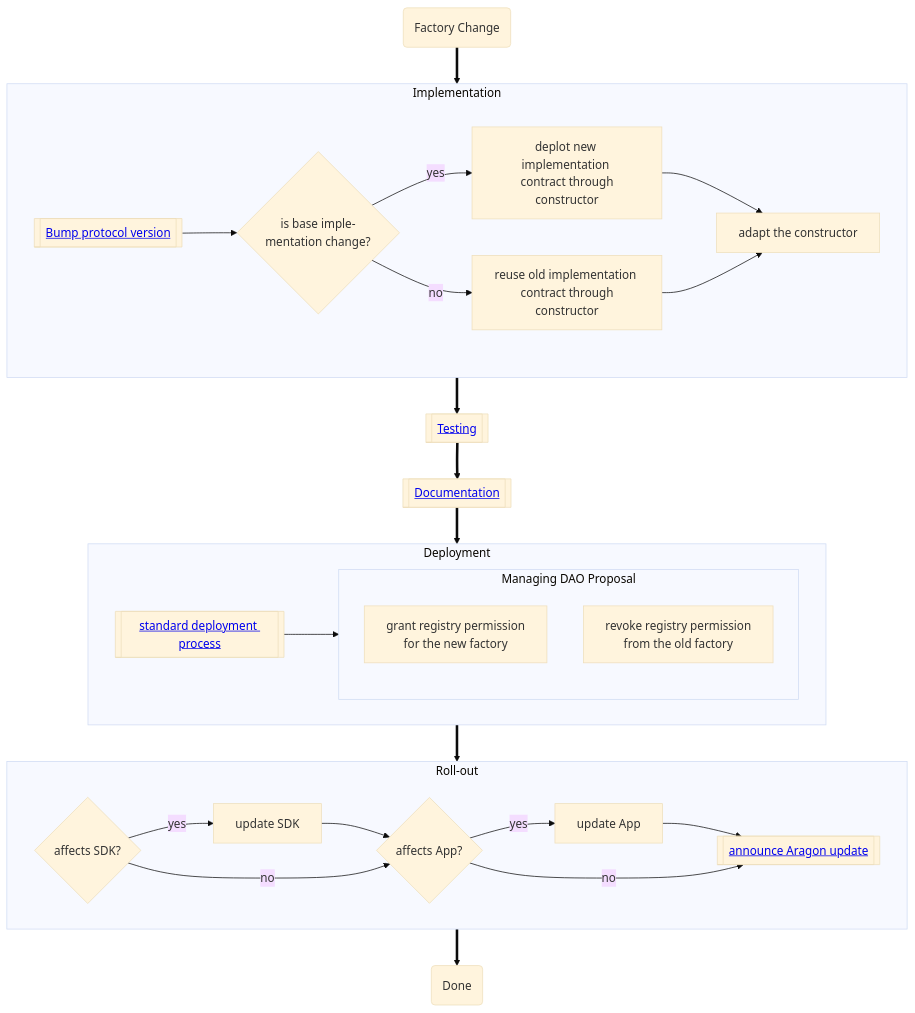
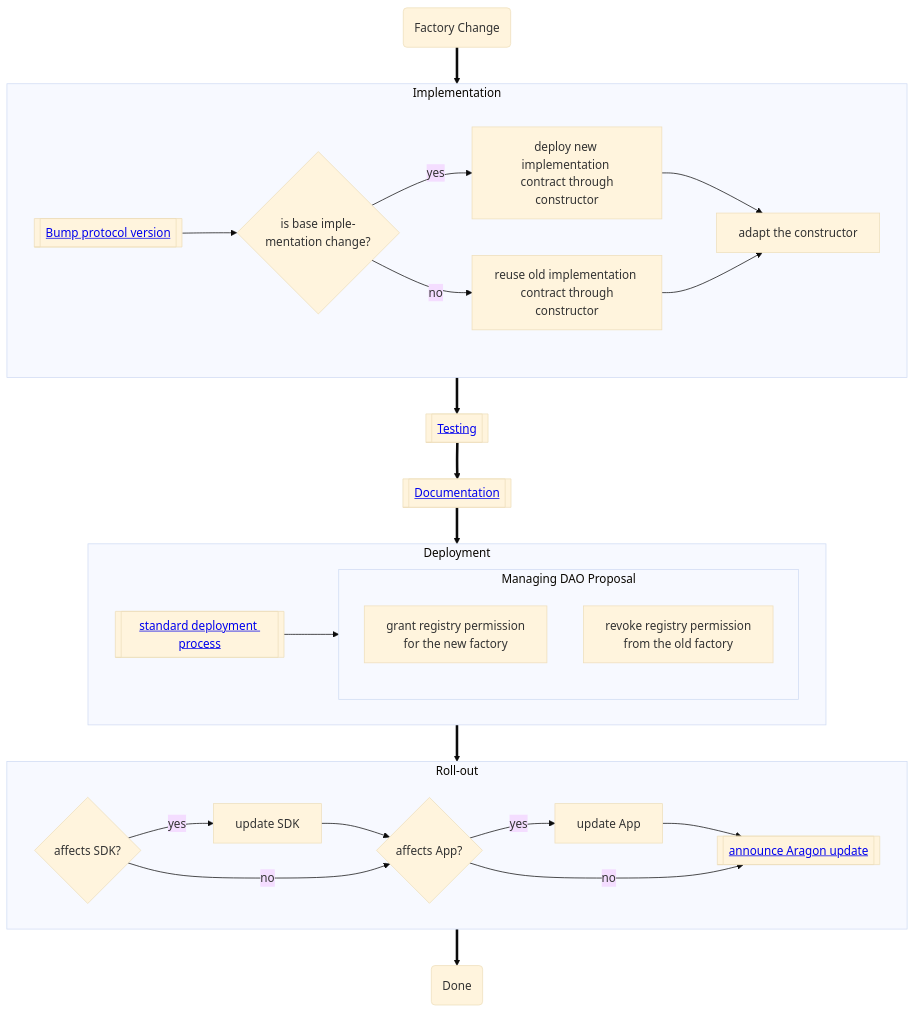
The diagram in packages/contracts/docs/developer-portal/04-framework-lifecycle/03-osx-components/01-factory-contract.md (aragon/osx), drawn with Mermaid (base theme) before and after one commit. The commit also changed 7 other files, not shown here.

````diff
--- a/packages/contracts/docs/developer-portal/04-framework-lifecycle/03-osx-components/01-factory-contract.md
+++ b/packages/contracts/docs/developer-portal/04-framework-lifecycle/03-osx-components/01-factory-contract.md
@@ -10,60 +10,60 @@
 ```mermaid
 flowchart TD
     processStart("Factory Change")
 
     processStart ==> implementation
     subgraph implementation[Implementation]
 
         %% Standard Checks
         bumpProtocolVersion[["<a href='../03-sub-processes/01-protocol-version.md'>Bump protocol version</a>"]]
         isBaseChange{"is base imple- \n mentation  change?"}
 
         %% Actions
-        deployNewImplementation["deplot new implementation \n contract through constructor"]
+        deployNewImplementation["deploy new implementation \n contract through constructor"]
         reuseOldImplementation["reuse old implementation \n contract through constructor"]
         adaptConstructor["adapt the constructor"]
 
         %% Base Change
         bumpProtocolVersion --> isBaseChange
         isBaseChange -->|yes| deployNewImplementation
         isBaseChange -->|no| reuseOldImplementation
         deployNewImplementation-->adaptConstructor
         reuseOldImplementation-->adaptConstructor
 
     end
 
     implementation ==> testing[[<a href='../03-sub-processes/03-testing.md'>Testing</a>]]
 
     testing ==> docs[[<a href='../03-sub-processes/04-documentation.md'>Documentation</a>]]
 
     docs ==> deployment
     subgraph deployment[Deployment]
         deployContract[[<a href='../03-sub-processes/04-deployment.md'>standard deployment process</a>]]
         deployContract --> managingDaoProposal
 
         subgraph managingDaoProposal["Managing DAO Proposal"]
             grantNewPermissions["grant registry permission \n for the new factory"]
             revokeOldPermissions["revoke registry permission \n from the old factory"]
         end
     end
 
     deployment ==> rollout
     subgraph rollout[Roll-out]
 
         sdkUpdate["update SDK"]
         affectsSDK{"affects SDK?"}
         affectsSDK -->|yes| sdkUpdate --> affectsApp
         affectsSDK -->|no| affectsApp
 
         appUpdate["update App"]
         affectsApp{"affects App?"}
         affectsApp -->|yes| appUpdate --> announceUpdate
         affectsApp -->|no| announceUpdate
 
         announceUpdate[["<a href='../04-sub-processes/06-aragon-update.md'>announce Aragon update</a>"]]
         announceUpdate
 
     end
 
     rollout ==> processEnd("Done")
 ```
````
